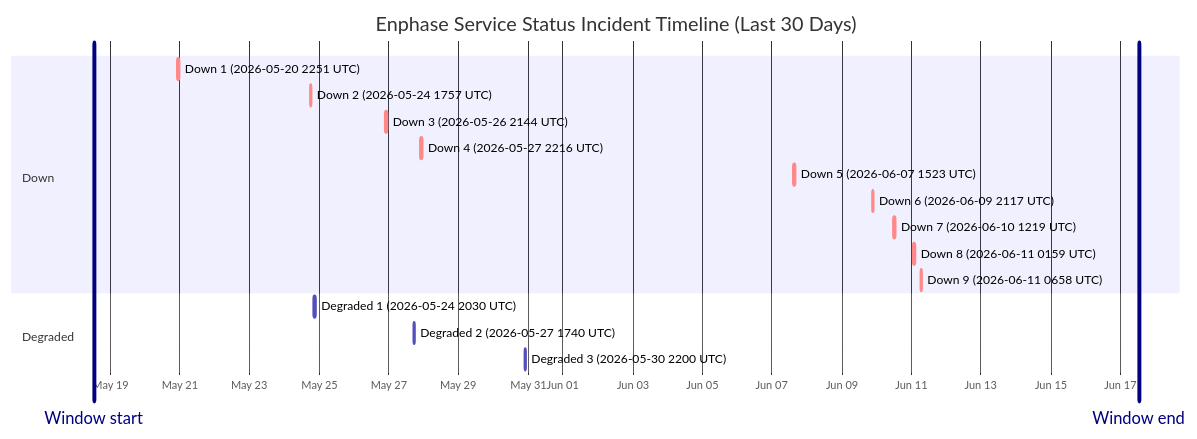
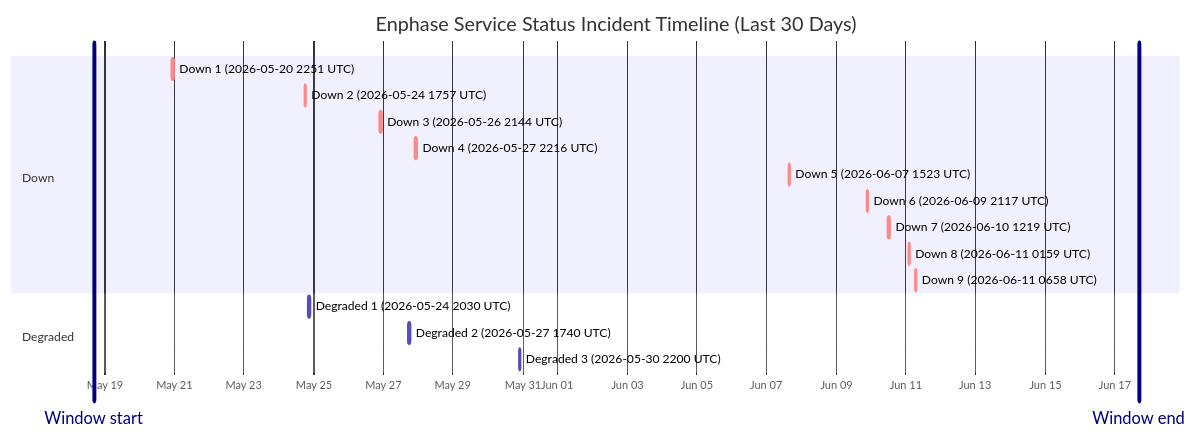
Before and after one commit to barneyonline/ha-enphase-energy: the diagram in wiki/Service-Status-History.md, drawn with Mermaid. The commit also changed other lines of this file and 3 other files, not shown here.

````diff
--- a/wiki/Service-Status-History.md
+++ b/wiki/Service-Status-History.md
@@ -14,22 +14,22 @@
 ```mermaid
 gantt
     title Enphase Service Status Incident Timeline (Last 30 Days)
     dateFormat  YYYY-MM-DDTHH:mm:ss
     axisFormat  %b %d
-    Window start :vert, window-start, 2026-05-18T13:00:26, 0ms
-    Window end :vert, window-end, 2026-06-17T13:00:26, 0ms
+    Window start :vert, window-start, 2026-05-18T16:45:09, 0ms
+    Window end :vert, window-end, 2026-06-17T16:45:09, 0ms
     section Down
     Down 1 (2026-05-20 2251 UTC) :crit, down-1, 2026-05-20T22:51:14, 75m
     Down 2 (2026-05-24 1757 UTC) :crit, down-2, 2026-05-24T17:57:41, 86m
     Down 3 (2026-05-26 2144 UTC) :crit, down-3, 2026-05-26T21:44:11, 85m
     Down 4 (2026-05-27 2216 UTC) :crit, down-4, 2026-05-27T22:16:53, 87m
     Down 5 (2026-06-07 1523 UTC) :crit, down-5, 2026-06-07T15:23:22, 87m
     Down 6 (2026-06-09 2117 UTC) :crit, down-6, 2026-06-09T21:17:17, 60m
     Down 7 (2026-06-10 1219 UTC) :crit, down-7, 2026-06-10T12:19:21, 60m
     Down 8 (2026-06-11 0159 UTC) :crit, down-8, 2026-06-11T01:59:36, 60m
     Down 9 (2026-06-11 0658 UTC) :crit, down-9, 2026-06-11T06:58:45, 60m
     section Degraded
     Degraded 1 (2026-05-24 2030 UTC) :active, degraded-1, 2026-05-24T20:30:57, 84m
     Degraded 2 (2026-05-27 1740 UTC) :active, degraded-2, 2026-05-27T17:40:52, 60m
     Degraded 3 (2026-05-30 2200 UTC) :active, degraded-3, 2026-05-30T22:00:37, 60m
 ```
````
